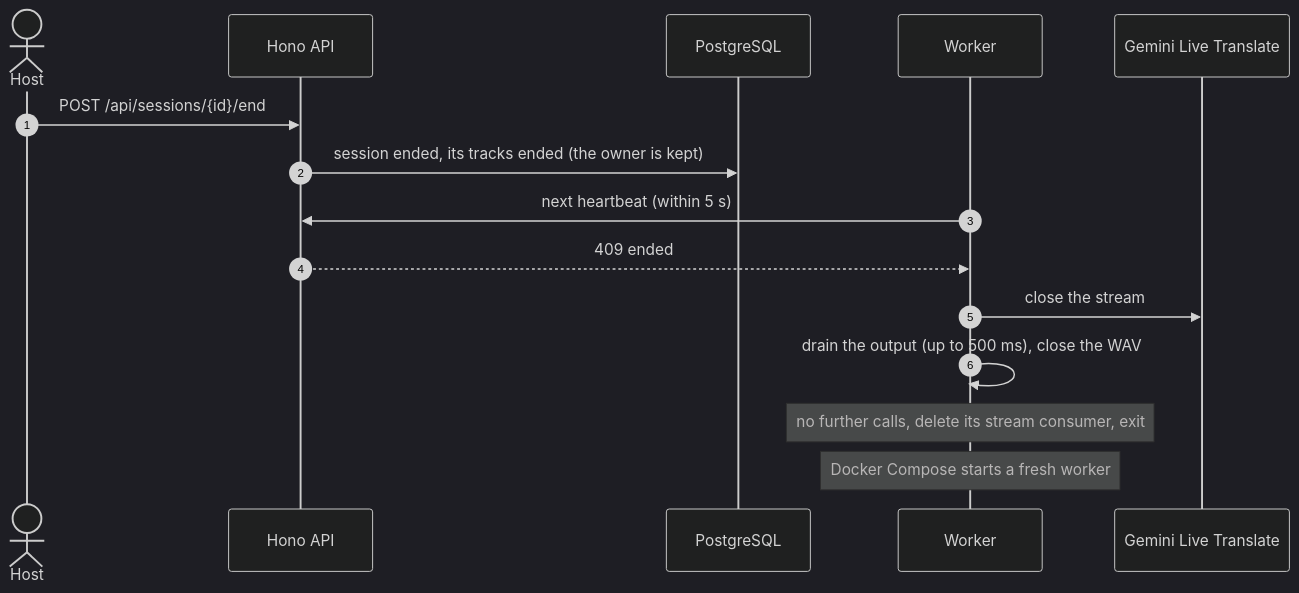
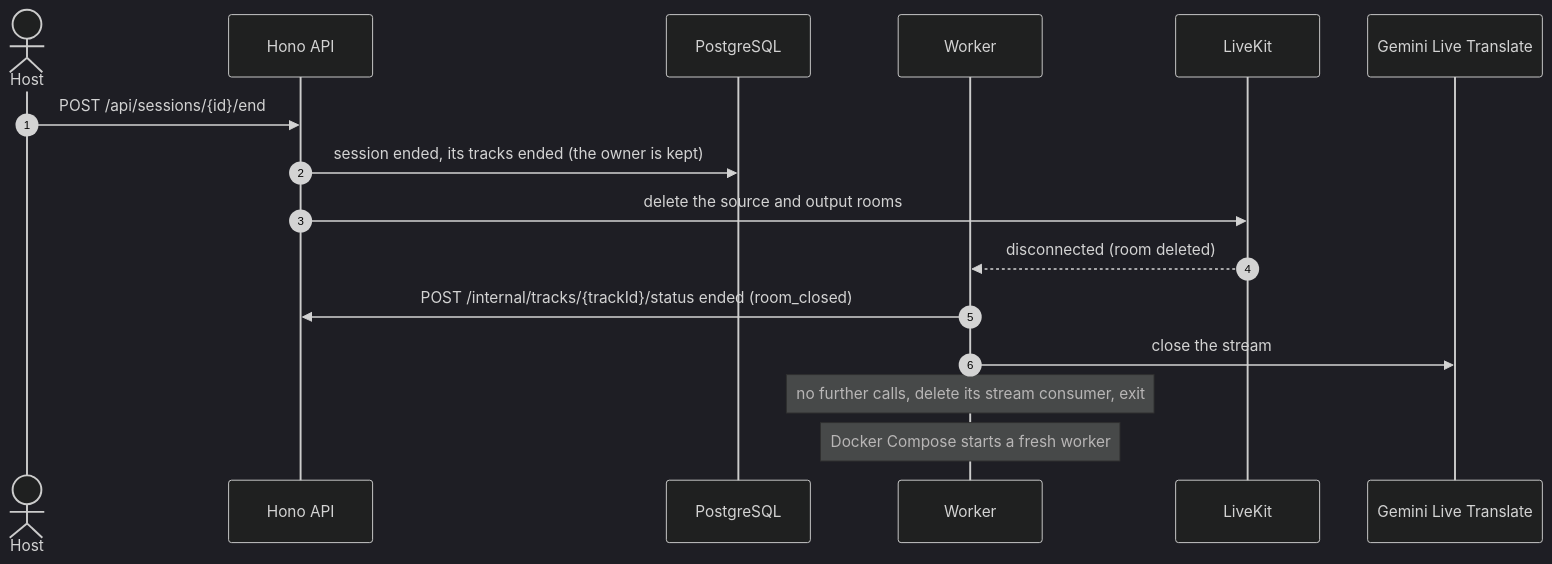
The fourth of 7 diagrams in docs/architecture-layers.md (WH1TE-SHAD0W/ai-dubbing-studio), drawn with Mermaid (dark theme) before and after one commit. The commit also changed other lines of this file and 6 other files, not shown here.

First line of the commit message:
docs: running and testing the workers goes through LiveKit (YGP-70)

````diff
--- a/docs/architecture-layers.md
+++ b/docs/architecture-layers.md
@@ -166,17 +167,18 @@
 ```mermaid
 sequenceDiagram
   autonumber
   actor Host
   participant Hono as Hono API
   participant DB as PostgreSQL
   participant W as Worker
+  participant LK as LiveKit
   participant G as Gemini Live Translate
   Host->>Hono: POST /api/sessions/{id}/end
   Hono->>DB: session ended, its tracks ended (the owner is kept)
-  W->>Hono: next heartbeat (within 5 s)
-  Hono-->>W: 409 ended
+  Hono->>LK: delete the source and output rooms
+  LK-->>W: disconnected (room deleted)
+  W->>Hono: POST /internal/tracks/{trackId}/status ended (room_closed)
   W->>G: close the stream
-  W->>W: drain the output (up to 500 ms), close the WAV
   Note over W: no further calls, delete its stream consumer, exit
   Note over W: Docker Compose starts a fresh worker
 ```
````
